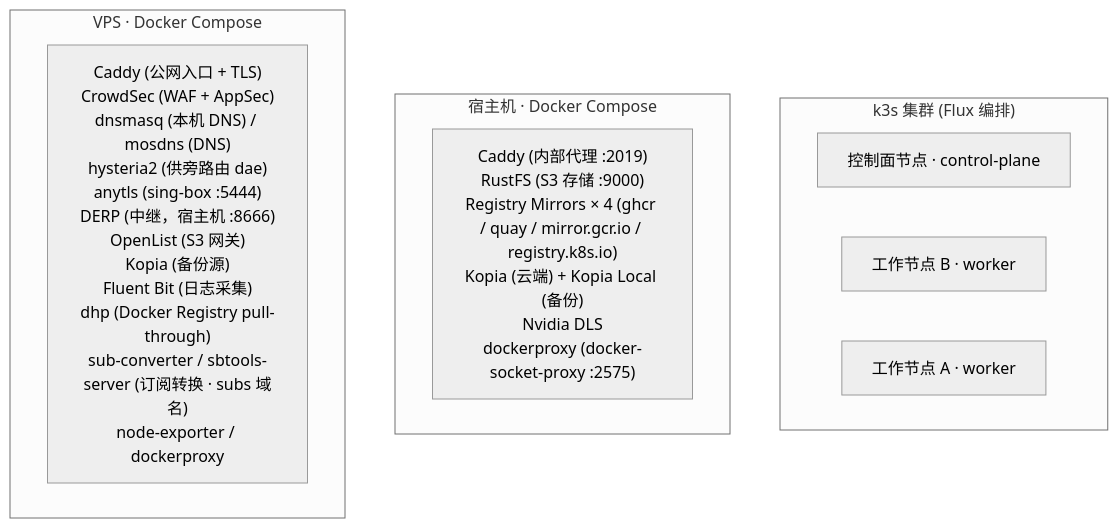
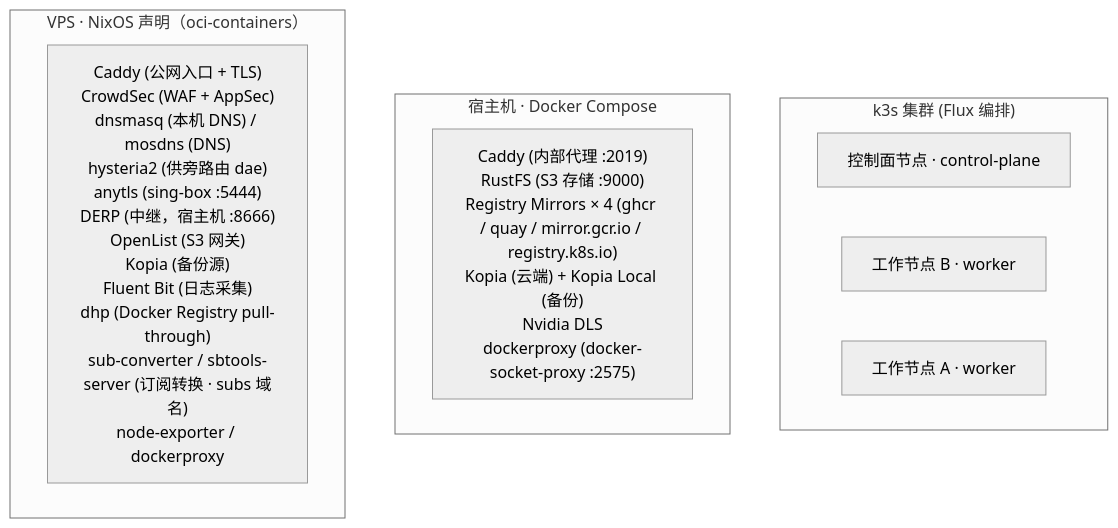
The third of 8 diagrams in docs/ARCHITECTURE.md (shelken/home-ops), drawn with Mermaid (neutral theme) before and after one commit. The commit also changed other lines of this file and 43 other files, not shown here.

First line of the commit message:
refactor(vps): 退休 compose/vps，VPS 容器改由 nix-config 声明

````diff
--- a/docs/ARCHITECTURE.md
+++ b/docs/ARCHITECTURE.md
@@ -130,32 +130,32 @@
 ```mermaid
 graph TB
     subgraph K3S["k3s 集群 (Flux 编排)"]
         NODE_SAKA["控制面节点 · control-plane"]
         NODE_H1["工作节点 B · worker"]
         NODE_YUUKO["工作节点 A · worker"]
     end
 
     subgraph COMPOSE_SAKA["宿主机 · Docker Compose"]
         CD_SAKA["Caddy (内部代理 :2019)
 RustFS (S3 存储 :9000)
 Registry Mirrors × 4 (ghcr / quay / mirror.gcr.io / registry.k8s.io)
 Kopia (云端) + Kopia Local (备份)
 Nvidia DLS
 dockerproxy (docker-socket-proxy :2575)"]
     end
 
-    subgraph COMPOSE_VPS["VPS · Docker Compose"]
+    subgraph NIXOS_VPS["VPS · NixOS 声明（oci-containers）"]
         CD_VPS["Caddy (公网入口 + TLS)
 CrowdSec (WAF + AppSec)
 dnsmasq (本机 DNS) / mosdns (DNS)
 hysteria2 (供旁路由 dae)
 anytls (sing-box :5444)
 DERP (中继，宿主机 :8666)
 OpenList (S3 网关)
 Kopia (备份源)
 Fluent Bit (日志采集)
 dhp (Docker Registry pull-through)
 sub-converter / sbtools-server (订阅转换 · subs 域名)
 node-exporter / dockerproxy"]
     end
 ```
````
